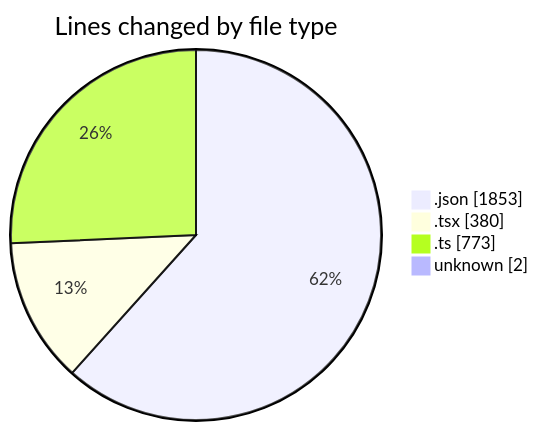
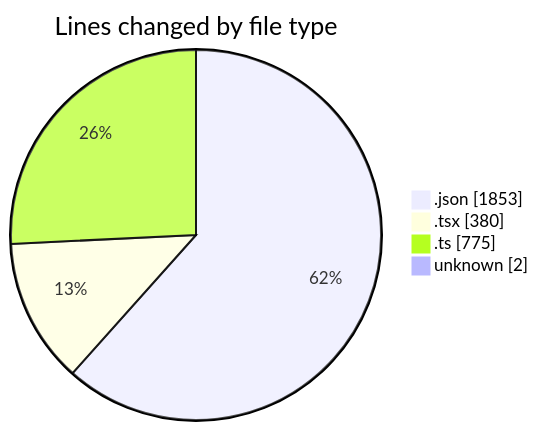
One commit to julien-gomy/code-tracking changed the first of 2 diagrams in 2025-11-19/eventscop-frontend-guide__workspace_/README.md. Above: the diagram before and after it, drawn with Mermaid. The commit also changed other lines of this file and 1 other file, not shown here.

````diff
--- a/2025-11-19/eventscop-frontend-guide__workspace_/README.md
+++ b/2025-11-19/eventscop-frontend-guide__workspace_/README.md
@@ -40,8 +40,8 @@
 ```mermaid
 pie showData
 title Lines changed by file type
 ".json" : 1853
 ".tsx" : 380
-".ts" : 773
+".ts" : 775
 "unknown" : 2
 ```
````
